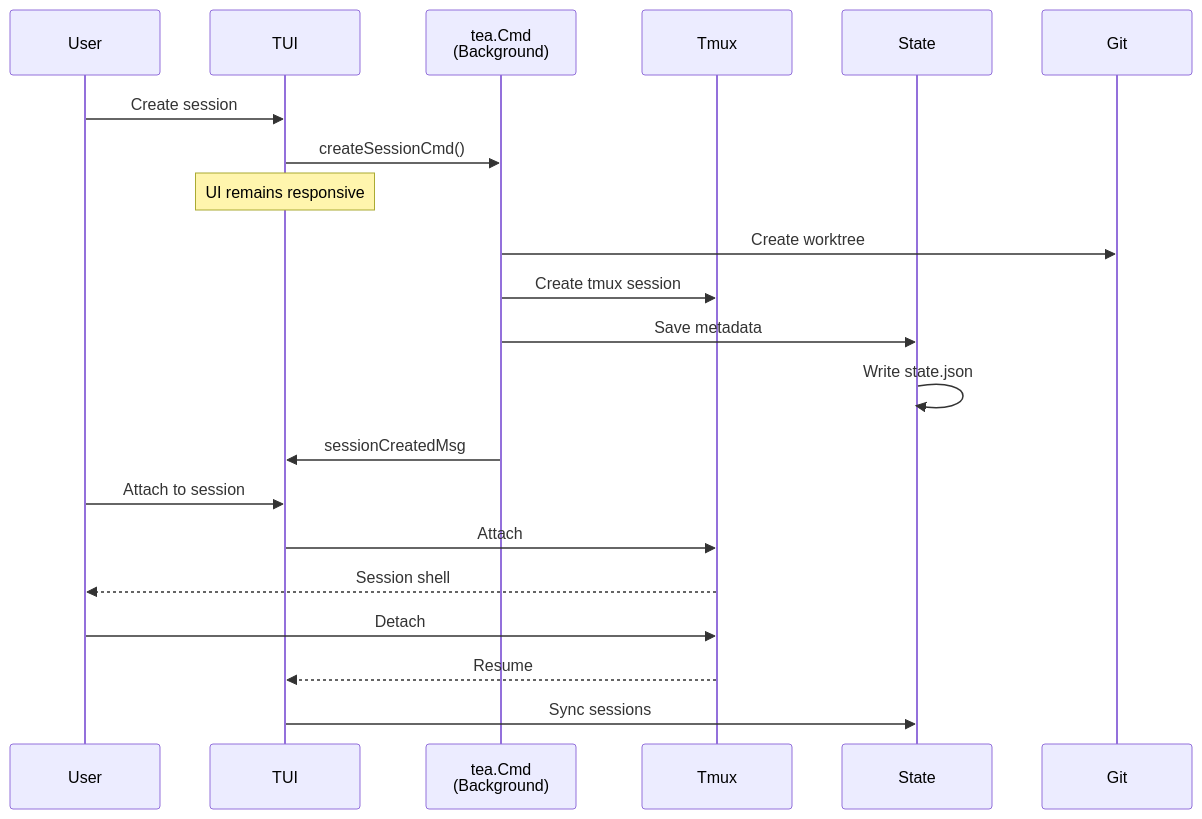
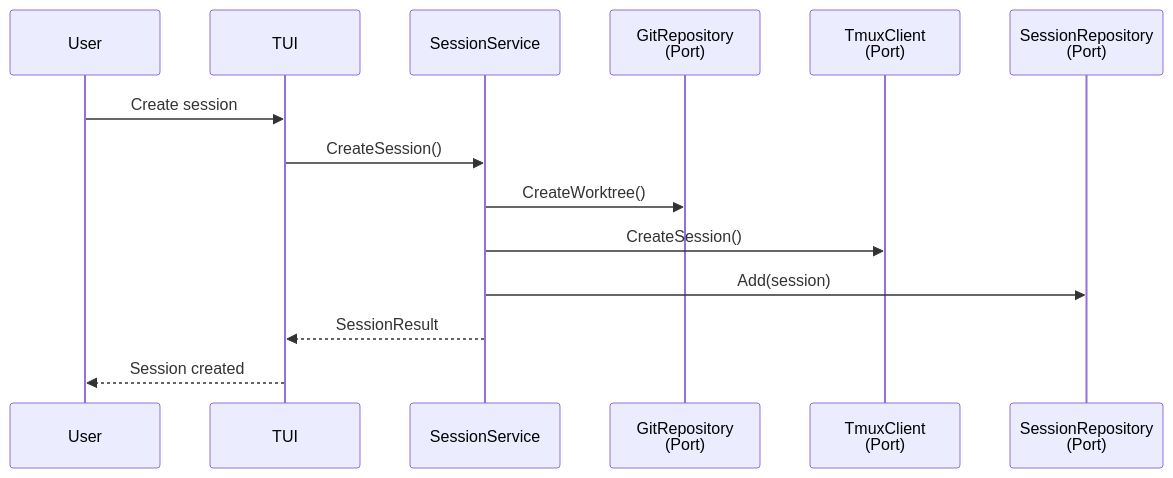
Before and after one commit to renato0307/rocha: the second of 4 diagrams in ARCHITECTURE.md, drawn with Mermaid. The commit also changed other lines of this file and 34 other files, not shown here.

First line of the commit message:
refactor: complete hexagonal architecture cleanup

````diff
--- a/ARCHITECTURE.md
+++ b/ARCHITECTURE.md
@@ -186,26 +105,17 @@
 ```mermaid
 sequenceDiagram
     participant User
     participant TUI
-    participant Cmd as tea.Cmd<br/>(Background)
-    participant Tmux
-    participant State
-    participant Git
+    participant SS as SessionService
+    participant GR as GitRepository<br/>(Port)
+    participant TC as TmuxClient<br/>(Port)
+    participant SR as SessionRepository<br/>(Port)
 
     User->>TUI: Create session
-    TUI->>Cmd: createSessionCmd()
-    Note over TUI: UI remains responsive
-    Cmd->>Git: Create worktree
-    Cmd->>Tmux: Create tmux session
-    Cmd->>State: Save metadata
-    State->>State: Write state.json
-    Cmd->>TUI: sessionCreatedMsg
-
-    User->>TUI: Attach to session
-    TUI->>Tmux: Attach
-    Tmux-->>User: Session shell
-
-    User->>Tmux: Detach
-    Tmux-->>TUI: Resume
-    TUI->>State: Sync sessions
+    TUI->>SS: CreateSession()
+    SS->>GR: CreateWorktree()
+    SS->>TC: CreateSession()
+    SS->>SR: Add(session)
+    SS-->>TUI: SessionResult
+    TUI-->>User: Session created
 ```
````
